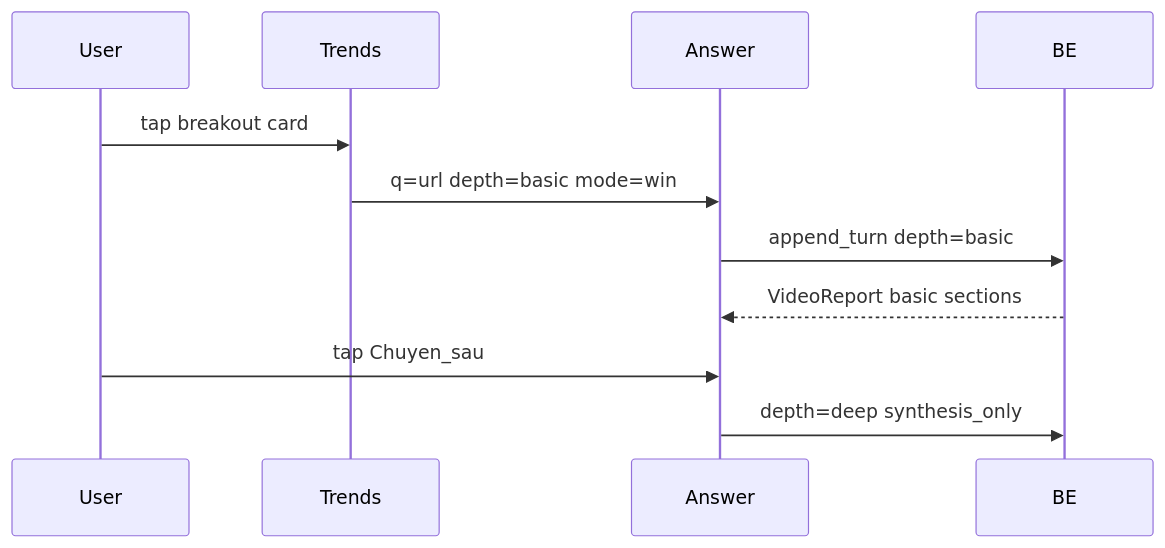
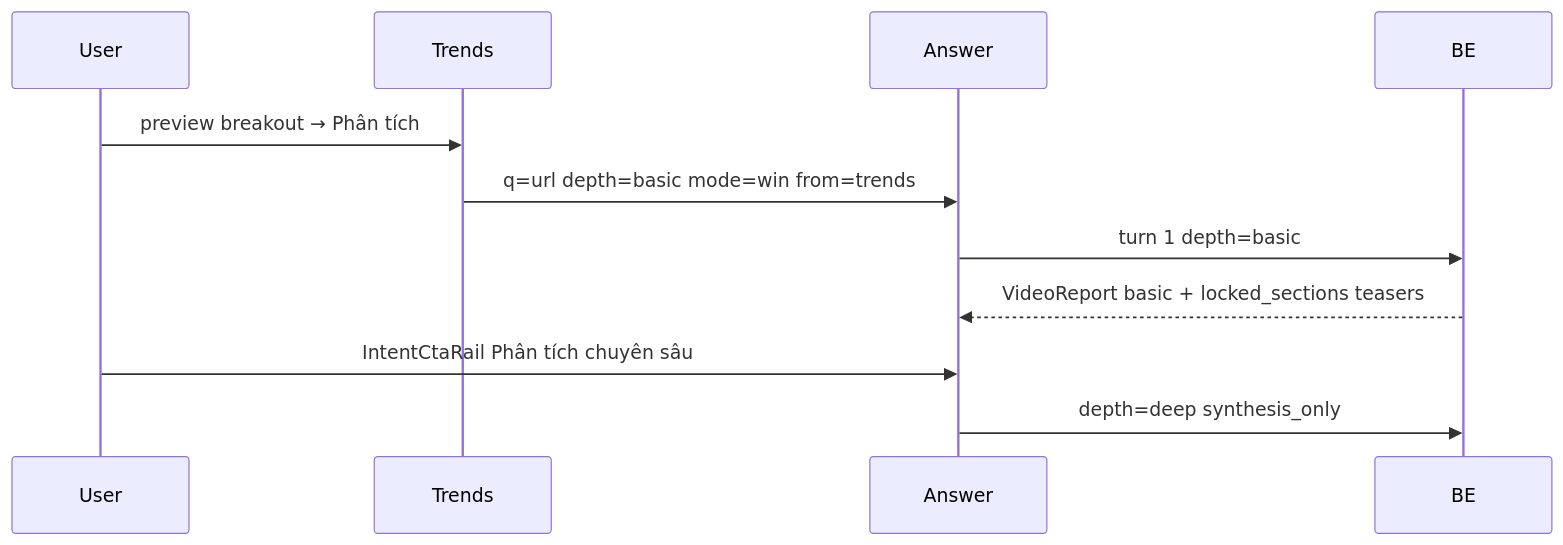
The fifth of 8 diagrams in artifacts/docs/feature-map-v1.md (tad-agentics/getviews.vn), drawn with Mermaid before and after one commit. The commit also changed other lines of this file and 6 other files, not shown here.

````diff
--- a/artifacts/docs/feature-map-v1.md
+++ b/artifacts/docs/feature-map-v1.md
@@ -809,13 +850,13 @@
 ```mermaid
 sequenceDiagram
   participant User
   participant Trends
   participant Answer
   participant BE
-  User->>Trends: tap breakout card
-  Trends->>Answer: q=url depth=basic mode=win
-  Answer->>BE: append_turn depth=basic
-  BE-->>Answer: VideoReport basic sections
-  User->>Answer: tap Chuyen_sau
+  User->>Trends: preview breakout → Phân tích
+  Trends->>Answer: q=url depth=basic mode=win from=trends
+  Answer->>BE: turn 1 depth=basic
+  BE-->>Answer: VideoReport basic + locked_sections teasers
+  User->>Answer: IntentCtaRail Phân tích chuyên sâu
   Answer->>BE: depth=deep synthesis_only
 ```
````
